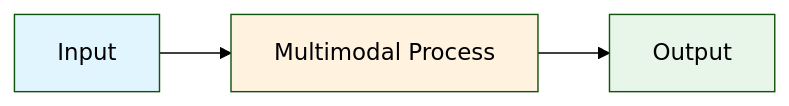
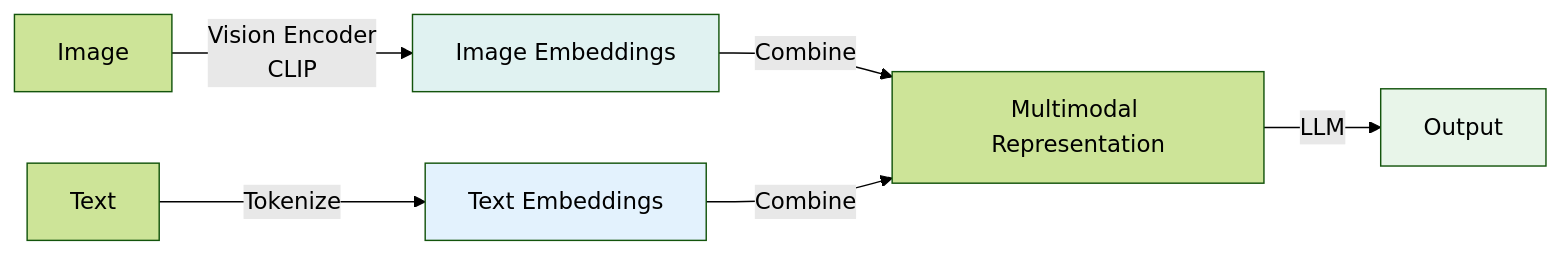
Before and after one commit to souradeepta/interviewprep-ai: the first of 2 diagrams in llm/concepts/multimodal.md, drawn with Mermaid (forest theme). The commit also changed other lines of this file and 33 other files, not shown here.

````diff
--- a/llm/concepts/multimodal.md
+++ b/llm/concepts/multimodal.md
@@ -149,9 +149,11 @@
 ```mermaid
 graph LR
-    A["Input"] --> B["Multimodal Process"]
-    B --> C["Output"]
-
-    style A fill:#e1f5ff
-    style B fill:#fff3e0
-    style C fill:#e8f5e9
+    A["Image"] -->|Vision Encoder<br/>CLIP| B["Image Embeddings"]
+    C["Text"] -->|Tokenize| D["Text Embeddings"]
+    B -->|Combine| E["Multimodal Representation"]
+    D -->|Combine| E
+    E -->|LLM| F["Output"]
+    style B fill:#e0f2f1
+    style D fill:#e3f2fd
+    style F fill:#e8f5e9
 ```
````
